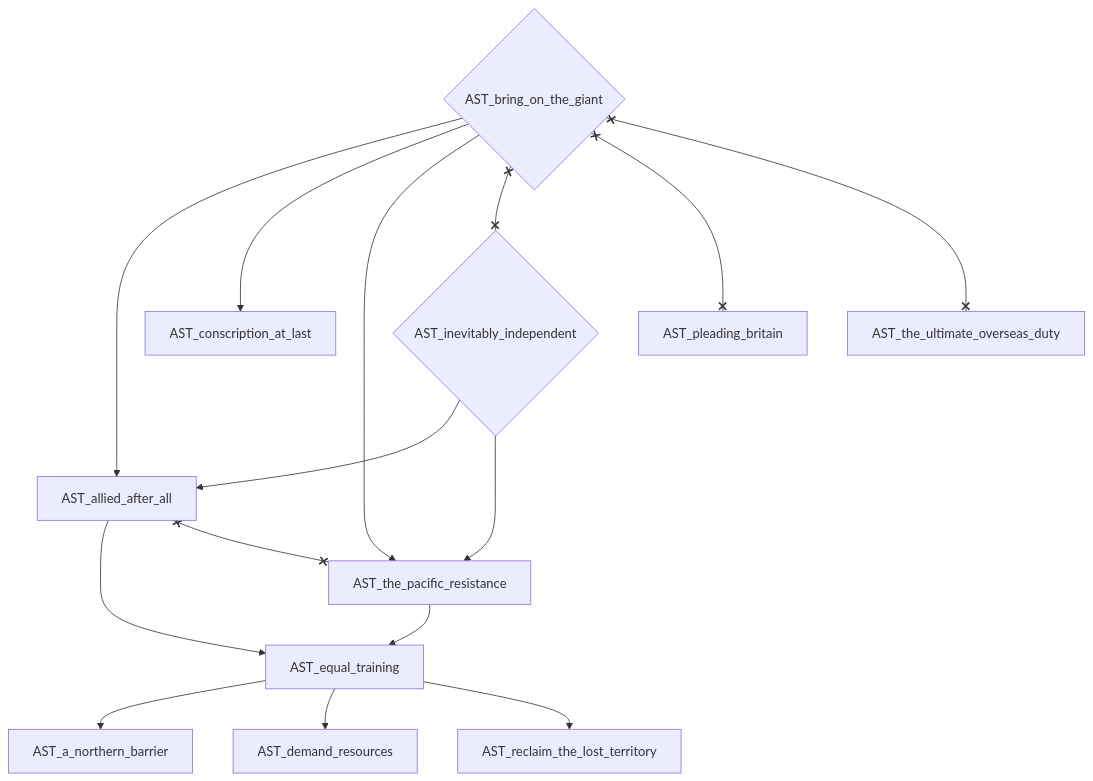
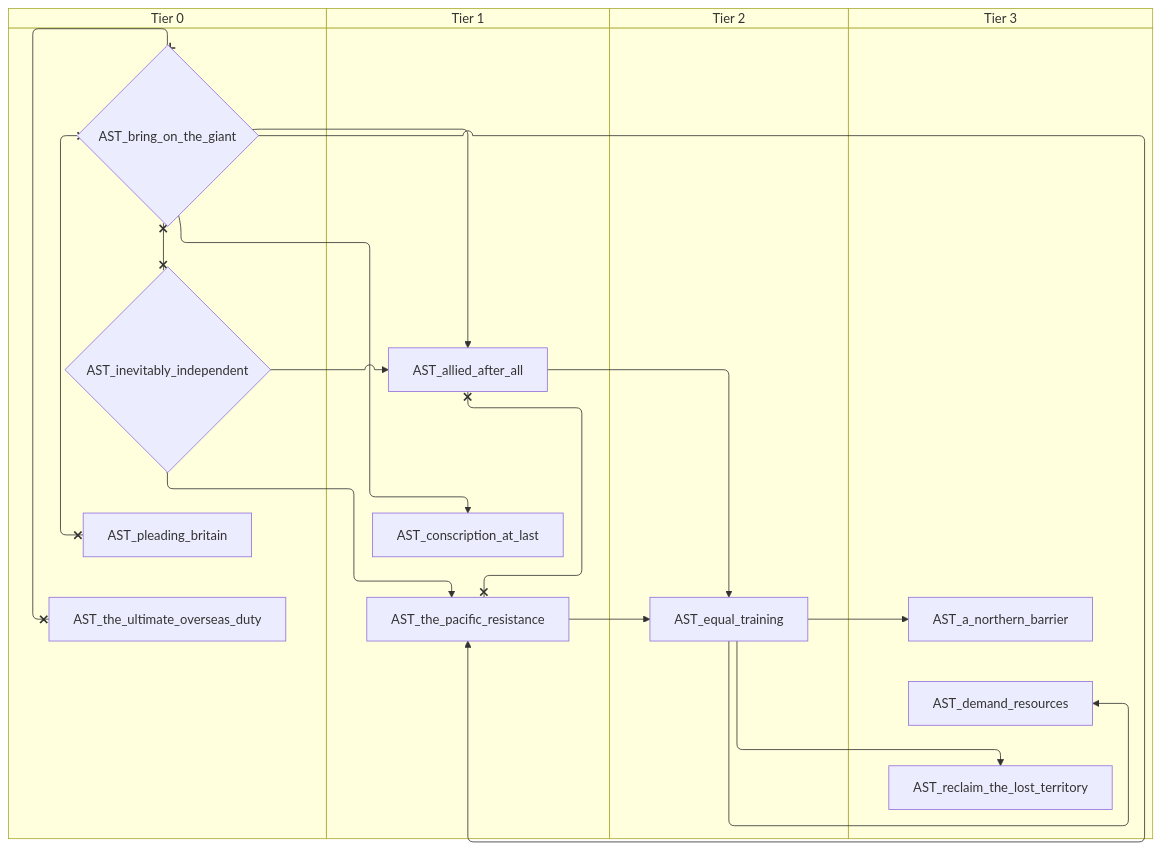
Before and after one commit to evgeny-sobol/hoi4-sandbox-mode-r56: the fourth of 15 diagrams in docs/gdd/National Focuses/r56/australia_taog.md, drawn with Mermaid. The commit also changed other lines of this file and 423 other files, not shown here.

First line of the commit message:
Re-export Rt56 focus trees as swimlane diagrams

````diff
--- a/docs/gdd/National Focuses/r56/australia_taog.md
+++ b/docs/gdd/National Focuses/r56/australia_taog.md
@@ -335,28 +385,36 @@
 ```mermaid
-flowchart TD
-    n138["AST_a_northern_barrier"]
-    n139["AST_allied_after_all"]
-    n140{"AST_bring_on_the_giant"}
-    n141["AST_conscription_at_last"]
-    n142["AST_demand_resources"]
-    n143["AST_equal_training"]
-    n144{"AST_inevitably_independent"}
-    n145["AST_pleading_britain"]
-    n146["AST_reclaim_the_lost_territory"]
-    n147["AST_the_pacific_resistance"]
-    n148["AST_the_ultimate_overseas_duty"]
-    n143 --> n138
-    n144 --> n139
-    n140 --> n139
-    n140 --> n141
-    n143 --> n142
-    n139 --> n143
-    n147 --> n143
-    n143 --> n146
-    n144 --> n147
-    n140 --> n147
-    n139 x--x n147
-    n140 x--x n144
-    n140 x--x n145
-    n140 x--x n148
+swimlane-beta TD
+    subgraph tier_0["Tier 0"]
+        n138{"AST_bring_on_the_giant"}
+        n139{"AST_inevitably_independent"}
+        n140["AST_pleading_britain"]
+        n141["AST_the_ultimate_overseas_duty"]
+    end
+    subgraph tier_1["Tier 1"]
+        n142["AST_allied_after_all"]
+        n143["AST_conscription_at_last"]
+        n144["AST_the_pacific_resistance"]
+    end
+    subgraph tier_2["Tier 2"]
+        n145["AST_equal_training"]
+    end
+    subgraph tier_3["Tier 3"]
+        n146["AST_a_northern_barrier"]
+        n147["AST_demand_resources"]
+        n148["AST_reclaim_the_lost_territory"]
+    end
+    n145 --> n146
+    n139 --> n142
+    n138 --> n142
+    n138 --> n143
+    n145 --> n147
+    n142 --> n145
+    n144 --> n145
+    n145 --> n148
+    n139 --> n144
+    n138 --> n144
+    n142 x--x n144
+    n138 x--x n139
+    n138 x--x n140
+    n138 x--x n141
 ```
````
